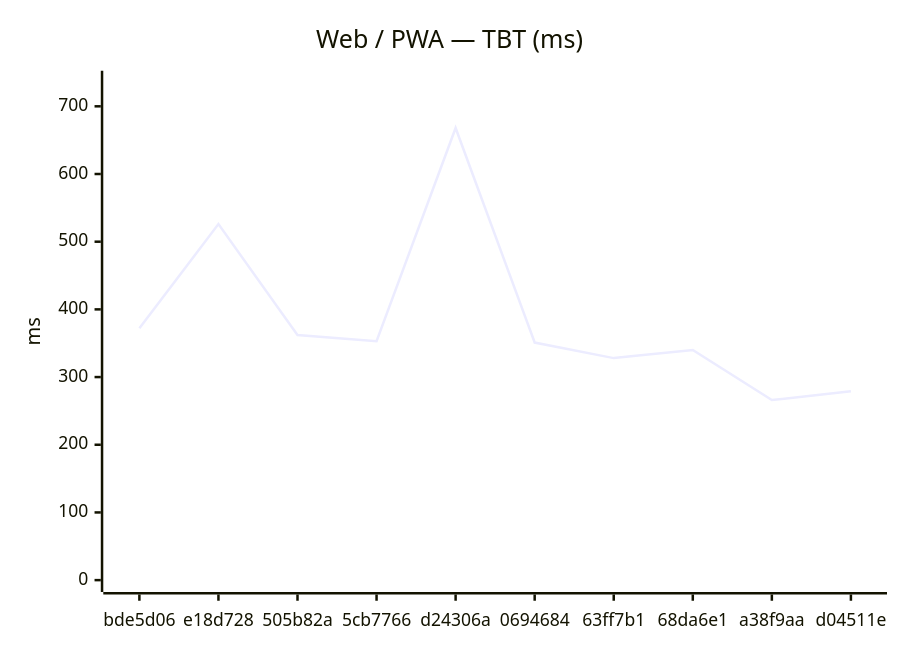
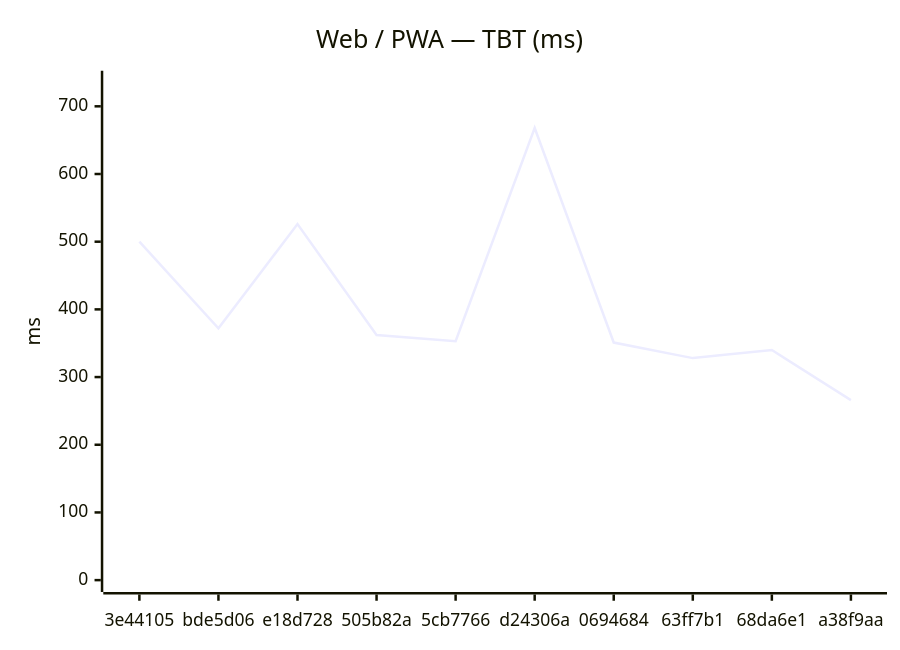
Before and after one commit to Metaheurist/Rianell: the second of 18 diagrams in benchmarks/compare.md, drawn with Mermaid. The commit also changed other lines of this file and 11 other files, not shown here.

````diff
--- a/benchmarks/compare.md
+++ b/benchmarks/compare.md
@@ -31,7 +31,7 @@
 ```mermaid
 xychart-beta
     title "Web / PWA — TBT (ms)"
-    x-axis ["bde5d06", "e18d728", "505b82a", "5cb7766", "d24306a", "0694684", "63ff7b1", "68da6e1", "a38f9aa", "d04511e"]
+    x-axis ["3e44105", "bde5d06", "e18d728", "505b82a", "5cb7766", "d24306a", "0694684", "63ff7b1", "68da6e1", "a38f9aa"]
     y-axis "ms" 0 --> 735
-    line [372, 526, 362, 353, 668, 351, 328, 340, 266, 279]
+    line [500, 372, 526, 362, 353, 668, 351, 328, 340, 266]
 ```
````
